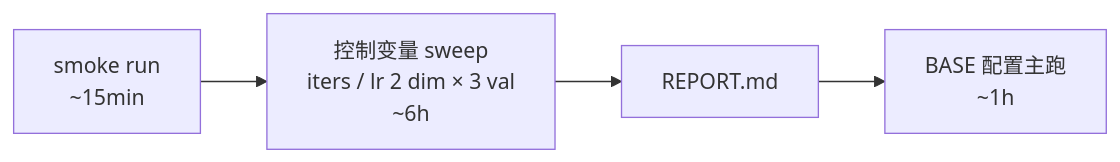
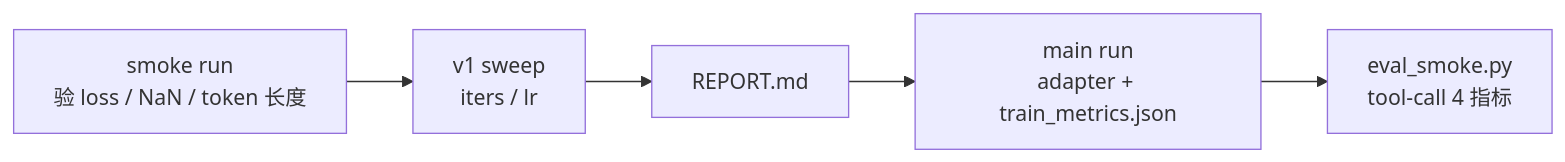
The diagram in play/agent_sft/train/README.md (AndyUneducated/alchemy), drawn with Mermaid before and after one commit. The commit also changed other lines of this file and 14 other files, not shown here.

````diff
--- a/play/agent_sft/train/README.md
+++ b/play/agent_sft/train/README.md
@@ -7,4 +15,7 @@
 ```mermaid
 flowchart LR
-    smoke[smoke run<br/>~15min] --> sweep[控制变量 sweep<br/>iters / lr 2 dim × 3 val<br/>~6h] --> report[REPORT.md] --> main[BASE 配置主跑<br/>~1h]
+    smoke["smoke run<br/>验 loss / NaN / token 长度"] --> sweep["v1 sweep<br/>iters / lr"]
+    sweep --> report["REPORT.md"]
+    report --> main["main run<br/>adapter + train_metrics.json"]
+    main --> eval["eval_smoke.py<br/>tool-call 4 指标"]
 ```
````
